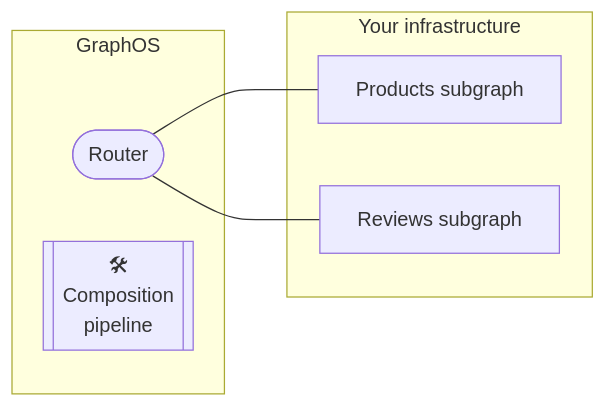
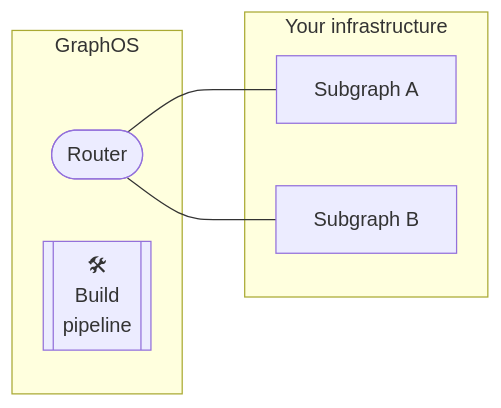
Before and after one commit to apollographql/docs: the first of 2 diagrams in src/content/graphos/graphs/updating.mdx, drawn with Mermaid. The commit also changed other lines of this file and 2 other files, not shown here.

Commit message:
Article on updating graphs ready for more review

````diff
--- a/src/content/graphos/graphs/updating.mdx
+++ b/src/content/graphos/graphs/updating.mdx
@@ -8,13 +8,12 @@
 ```mermaid
 flowchart LR;
   subgraph "GraphOS";
   router(["Router"]);
-  pipeline[["🛠<br/>Composition<br/>pipeline"]];
+  pipeline[["🛠<br/>Build<br/>pipeline"]];
   end;
   subgraph "Your infrastructure";
-  products[Products subgraph];
-  reviews[Reviews subgraph]
+  products[Subgraph A];
+  reviews[Subgraph B]
   router --- products & reviews
   end;
-  class pipeline secondary;
 ```
````
